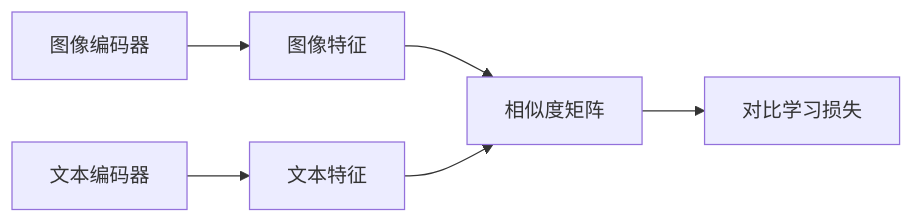
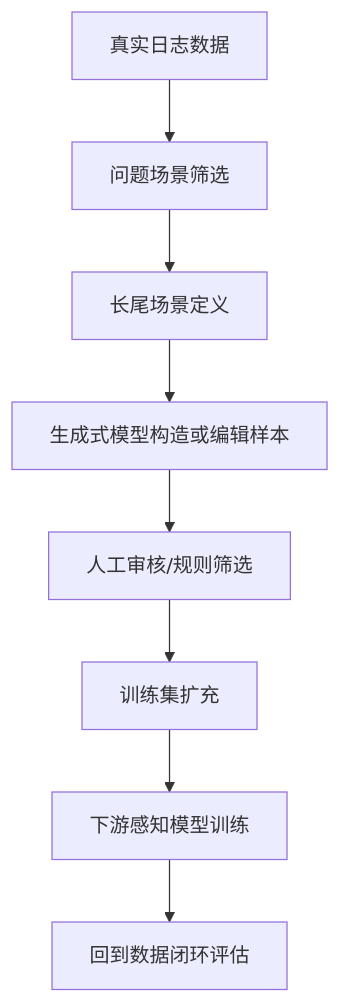
Before and after one commit to qwefvb/Autonomous-Driving-From-Zero: the sixth of 10 diagrams in docs/05_大模型基础/5.2_视觉基础大模型.md, drawn with Mermaid. The commit also changed other lines of this file and 7 other files, not shown here.

````diff
--- a/docs/05_大模型基础/5.2_视觉基础大模型.md
+++ b/docs/05_大模型基础/5.2_视觉基础大模型.md
@@ -194,8 +493,10 @@
 ```mermaid
-graph LR
-    A[图像编码器] --> C[图像特征]
-    B[文本编码器] --> D[文本特征]
-    C --> E[相似度矩阵]
-    D --> E
-    E --> F[对比学习损失]
+graph TD
+    A[真实日志数据] --> B[问题场景筛选]
+    B --> C[长尾场景定义]
+    C --> D[生成式模型构造或编辑样本]
+    D --> E[人工审核/规则筛选]
+    E --> F[训练集扩充]
+    F --> G[下游感知模型训练]
+    G --> H[回到数据闭环评估]
 ```
````
